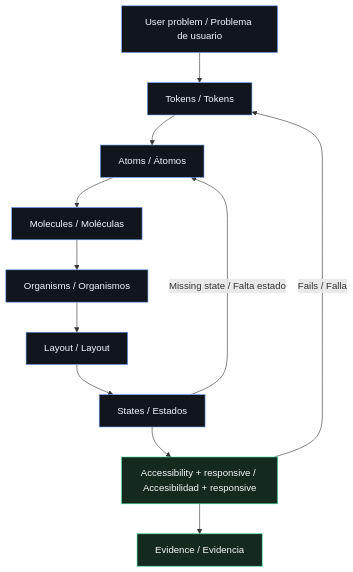
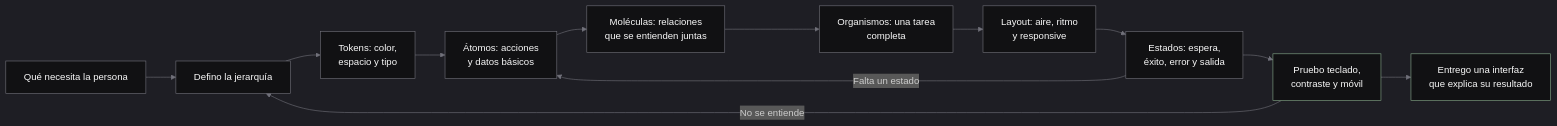
Before and after one commit to christiandejesus320-droid/universal-agent-skills-gateway: the diagram in skills/universal-agent-workspace/references/maps/03-ui-atomic.mmd, drawn with Mermaid. The commit also changed 12 other files, not shown here.

```diff
--- a/skills/universal-agent-workspace/references/maps/03-ui-atomic.mmd
+++ b/skills/universal-agent-workspace/references/maps/03-ui-atomic.mmd
@@ -1,17 +1,19 @@
-flowchart TD
-  A[User problem / Problema de usuario] --> B[Tokens / Tokens]
-  B --> C[Atoms / Átomos]
-  C --> D[Molecules / Moléculas]
-  D --> E[Organisms / Organismos]
-  E --> F[Layout / Layout]
-  F --> G[States / Estados]
-  G --> H[Accessibility + responsive / Accesibilidad + responsive]
-  H --> I[Evidence / Evidencia]
-  G -->|Missing state / Falta estado| C
-  H -->|Fails / Falla| B
+%%{init: {"theme":"dark", "themeVariables":{"background":"#09090B","primaryColor":"#111113","primaryTextColor":"#FAFAFA","primaryBorderColor":"#52525B","lineColor":"#71717A","secondaryColor":"#18181B","tertiaryColor":"#27272A","fontFamily":"Inter, Arial"}}}%%
+flowchart LR
+  A[Qué necesita la persona] --> B[Defino la jerarquía]
+  B --> C[Tokens: color,<br/>espacio y tipo]
+  C --> D[Átomos: acciones<br/>y datos básicos]
+  D --> E[Moléculas: relaciones<br/>que se entienden juntas]
+  E --> F[Organismos: una tarea<br/>completa]
+  F --> G[Layout: aire, ritmo<br/>y responsive]
+  G --> H[Estados: espera,<br/>éxito, error y salida]
+  H --> I[Pruebo teclado,<br/>contraste y móvil]
+  I --> J[Entrego una interfaz<br/>que explica su resultado]
+  H -->|Falta un estado| D
+  I -->|No se entiende| B
 
-  classDef level fill:#11161d,stroke:#72a7ff,color:#f5f7fa
-  classDef quality fill:#16291f,stroke:#3ddc97,color:#f5f7fa
-  classDef loop fill:#2b2020,stroke:#ff6b7a,color:#f5f7fa
-  class A,B,C,D,E,F,G level
-  class H,I quality
+  classDef base fill:#111113,stroke:#71717A,color:#FAFAFA,stroke-width:1px
+  classDef quality fill:#111113,stroke:#86A98A,color:#FAFAFA,stroke-width:1px
+  classDef repair fill:#18181B,stroke:#C7A56B,color:#FAFAFA,stroke-width:1px
+  class A,B,C,D,E,F,G,H base
+  class I,J quality
```
